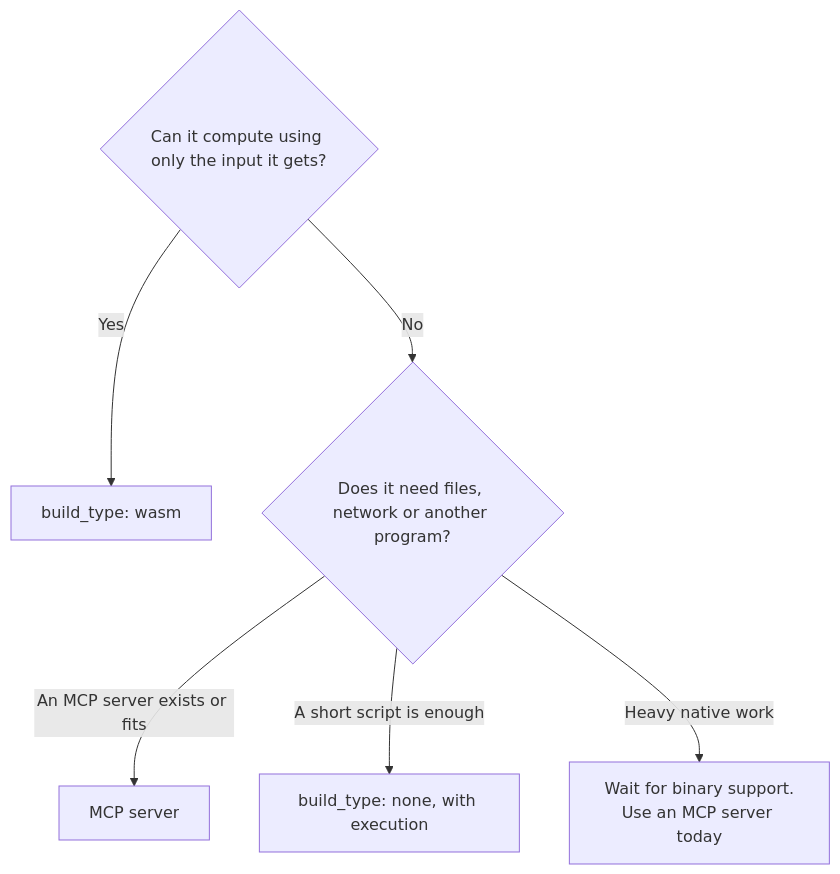
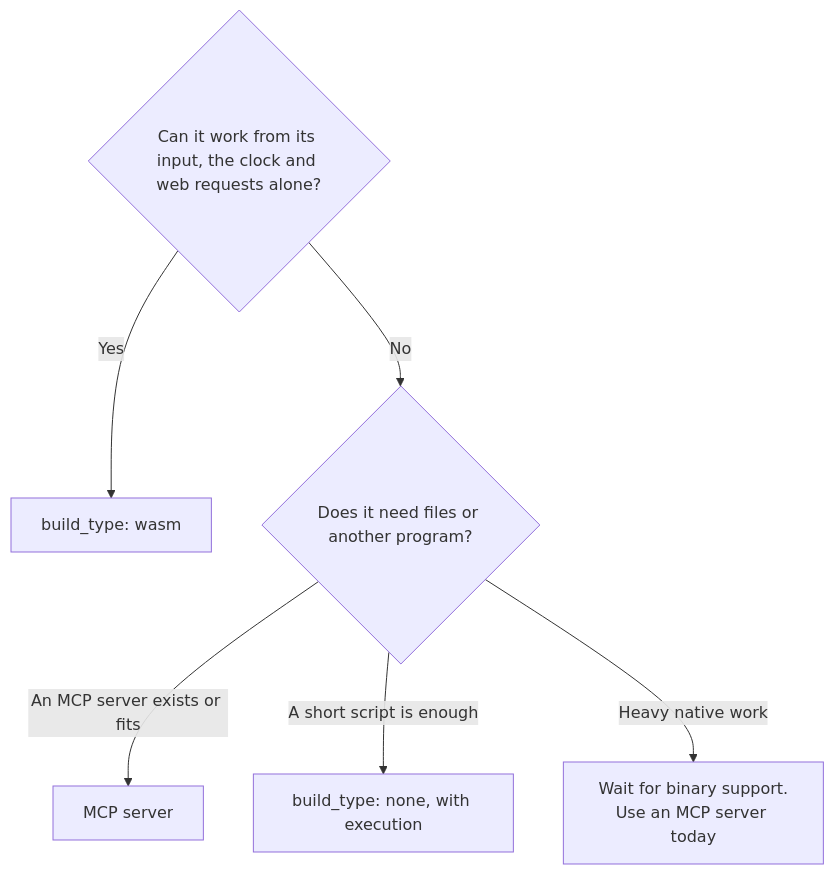
The diagram in docs/plugins/build-types.md (cluaiz/cluaiz-tools), drawn with Mermaid before and after one commit. The commit also changed other lines of this file and 39 other files, not shown here.

````diff
--- a/docs/plugins/build-types.md
+++ b/docs/plugins/build-types.md
@@ -17,9 +17,9 @@
 ```mermaid
 flowchart TD
-    A{"Can it compute using only the input it gets?"}
+    A{"Can it work from its input, the clock and web requests alone?"}
     A -->|Yes| W["build_type: wasm"]
-    A -->|No| B{"Does it need files, network or another program?"}
+    A -->|No| B{"Does it need files or another program?"}
     B -->|"An MCP server exists or fits"| M["MCP server"]
     B -->|"A short script is enough"| S["build_type: none, with execution"]
     B -->|"Heavy native work"| N["Wait for binary support.<br/>Use an MCP server today"]
 ```
````
